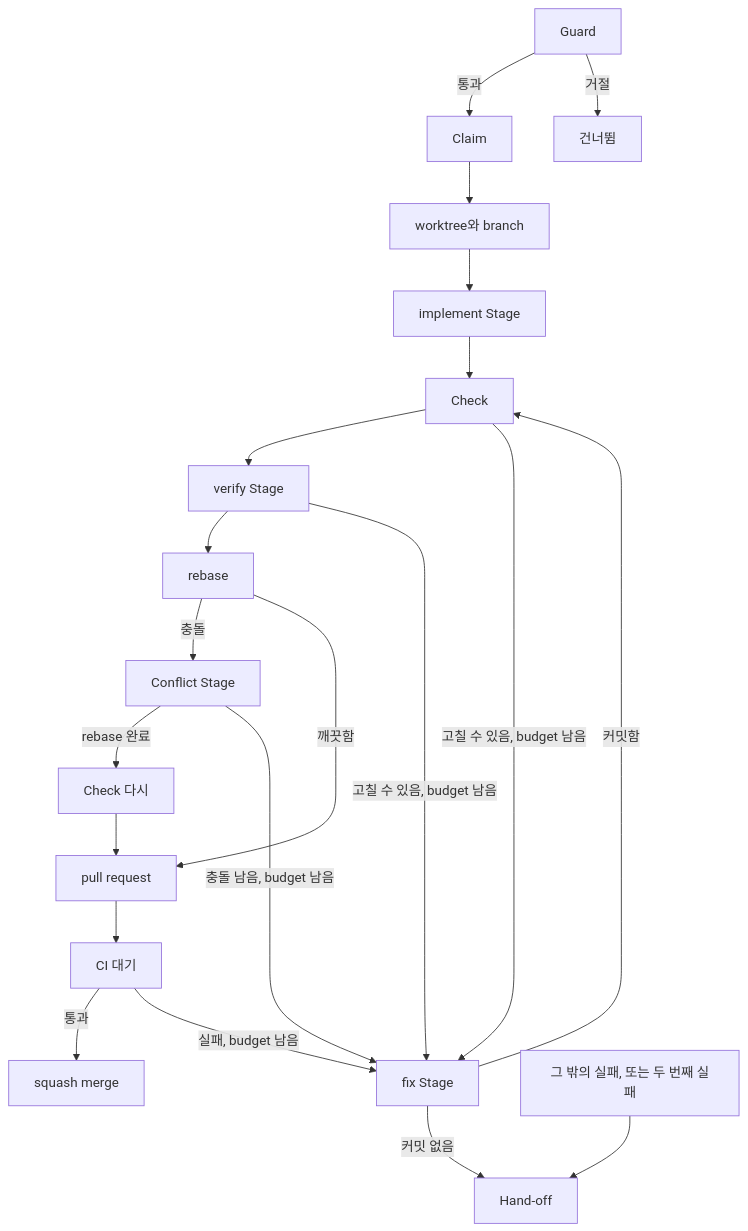
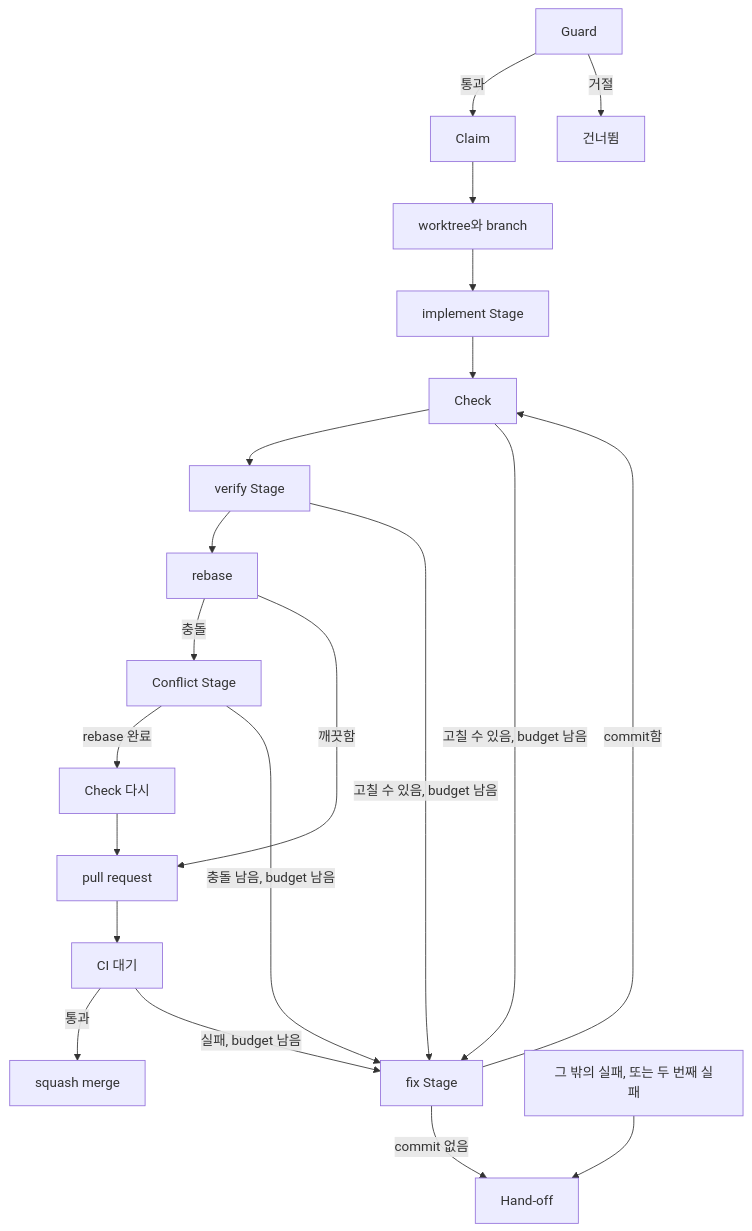
The first of 2 diagrams in wiki/ko/guide/ticket-to-merge.md (jjongs2/ticket-runner), drawn with Mermaid before and after one commit. The commit also changed other lines of this file and 9 other files, not shown here.

````diff
--- a/wiki/ko/guide/ticket-to-merge.md
+++ b/wiki/ko/guide/ticket-to-merge.md
@@ -23,23 +23,23 @@
 ```mermaid
 flowchart TD
     G["Guard"] -->|통과| C["Claim"]
     G -->|거절| S["건너뜀"]
     C --> W["worktree와 branch"]
     W --> I["implement Stage"]
     I --> K["Check"]
     K --> V["verify Stage"]
     V --> R["rebase"]
     R -->|충돌| X["Conflict Stage"]
     X -->|rebase 완료| K2["Check 다시"]
     R -->|깨끗함| P["pull request"]
     K2 --> P
     P --> CI["CI 대기"]
     CI -->|통과| M["squash merge"]
     K -->|"고칠 수 있음, budget 남음"| F["fix Stage"]
     V -->|"고칠 수 있음, budget 남음"| F
     X -->|"충돌 남음, budget 남음"| F
     CI -->|"실패, budget 남음"| F
-    F -->|커밋함| K
-    F -->|커밋 없음| H["Hand-off"]
+    F -->|commit함| K
+    F -->|commit 없음| H["Hand-off"]
     O["그 밖의 실패, 또는 두 번째 실패"] --> H
 ```
````
